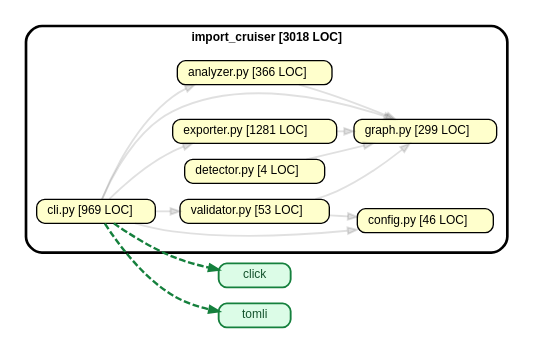
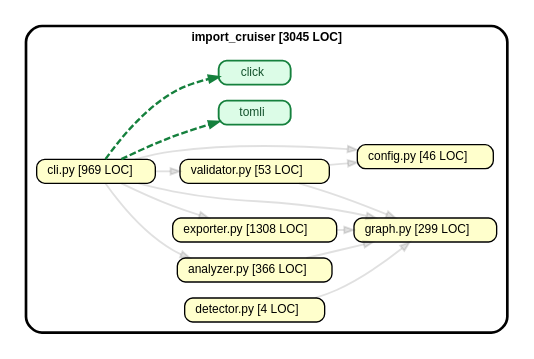
One commit to kevin91nl/import-cruiser changed the diagram in artifacts/self-graph/import-cruiser-self-graph.dot. Above: the diagram before and after it, drawn with Graphviz. The commit also changed 5 other files, not shown here.

```diff
--- a/artifacts/self-graph/import-cruiser-self-graph.dot
+++ b/artifacts/self-graph/import-cruiser-self-graph.dot
@@ -1,28 +1,28 @@
 strict digraph "import_cruiser"{
     rankdir="LR" splines="true" overlap="false" nodesep="0.16" ranksep="0.18" fontname="Helvetica-bold" fontsize="9" style="rounded,bold,filled" fillcolor="#ffffff" compound="true"
     node [shape="box" style="rounded, filled" height="0.2" color="black" fillcolor="#ffffcc" fontcolor="black" fontname="Helvetica" fontsize="9"]
     edge [arrowhead="normal" arrowsize="0.6" penwidth="2.0" color="#0000001f" fontname="Helvetica" fontsize="9"]
 
-    "click" [label=<click> tooltip="click" URL="click" shape="box" style="rounded,filled" fillcolor="#DCFCE7" color="#15803D" penwidth=1.4 fontcolor="#14532D" ]
-    subgraph "cluster_import_cruiser" {label="import_cruiser [3018 LOC]" "import_cruiser.analyzer" [label=<analyzer.py [366 LOC]> tooltip="analyzer.py [366 LOC]" URL="import_cruiser.analyzer" ] }
-    subgraph "cluster_import_cruiser" {label="import_cruiser [3018 LOC]" "import_cruiser.cli" [label=<cli.py [969 LOC]> tooltip="cli.py [969 LOC]" URL="import_cruiser.cli" ] }
-    subgraph "cluster_import_cruiser" {label="import_cruiser [3018 LOC]" "import_cruiser.config" [label=<config.py [46 LOC]> tooltip="config.py [46 LOC]" URL="import_cruiser.config" ] }
-    subgraph "cluster_import_cruiser" {label="import_cruiser [3018 LOC]" "import_cruiser.detector" [label=<detector.py [4 LOC]> tooltip="detector.py [4 LOC]" URL="import_cruiser.detector" ] }
-    subgraph "cluster_import_cruiser" {label="import_cruiser [3018 LOC]" "import_cruiser.exporter" [label=<exporter.py [1281 LOC]> tooltip="exporter.py [1281 LOC]" URL="import_cruiser.exporter" ] }
-    subgraph "cluster_import_cruiser" {label="import_cruiser [3018 LOC]" "import_cruiser.graph" [label=<graph.py [299 LOC]> tooltip="graph.py [299 LOC]" URL="import_cruiser.graph" ] }
-    subgraph "cluster_import_cruiser" {label="import_cruiser [3018 LOC]" "import_cruiser.validator" [label=<validator.py [53 LOC]> tooltip="validator.py [53 LOC]" URL="import_cruiser.validator" ] }
-    "tomli" [label=<tomli> tooltip="tomli" URL="tomli" shape="box" style="rounded,filled" fillcolor="#DCFCE7" color="#15803D" penwidth=1.4 fontcolor="#14532D" ]
+    subgraph "cluster_import_cruiser" {label="import_cruiser [3045 LOC]" "import_cruiser.click" [label=<click> tooltip="click" URL="click" shape="box" style="rounded,filled" fillcolor="#DCFCE7" color="#15803D" penwidth=1.4 fontcolor="#14532D" ] }
+    subgraph "cluster_import_cruiser" {label="import_cruiser [3045 LOC]" "import_cruiser.analyzer" [label=<analyzer.py [366 LOC]> tooltip="analyzer.py [366 LOC]" URL="import_cruiser.analyzer" ] }
+    subgraph "cluster_import_cruiser" {label="import_cruiser [3045 LOC]" "import_cruiser.cli" [label=<cli.py [969 LOC]> tooltip="cli.py [969 LOC]" URL="import_cruiser.cli" ] }
+    subgraph "cluster_import_cruiser" {label="import_cruiser [3045 LOC]" "import_cruiser.config" [label=<config.py [46 LOC]> tooltip="config.py [46 LOC]" URL="import_cruiser.config" ] }
+    subgraph "cluster_import_cruiser" {label="import_cruiser [3045 LOC]" "import_cruiser.detector" [label=<detector.py [4 LOC]> tooltip="detector.py [4 LOC]" URL="import_cruiser.detector" ] }
+    subgraph "cluster_import_cruiser" {label="import_cruiser [3045 LOC]" "import_cruiser.exporter" [label=<exporter.py [1308 LOC]> tooltip="exporter.py [1308 LOC]" URL="import_cruiser.exporter" ] }
+    subgraph "cluster_import_cruiser" {label="import_cruiser [3045 LOC]" "import_cruiser.graph" [label=<graph.py [299 LOC]> tooltip="graph.py [299 LOC]" URL="import_cruiser.graph" ] }
+    subgraph "cluster_import_cruiser" {label="import_cruiser [3045 LOC]" "import_cruiser.validator" [label=<validator.py [53 LOC]> tooltip="validator.py [53 LOC]" URL="import_cruiser.validator" ] }
+    subgraph "cluster_import_cruiser" {label="import_cruiser [3045 LOC]" "import_cruiser.tomli" [label=<tomli> tooltip="tomli" URL="tomli" shape="box" style="rounded,filled" fillcolor="#DCFCE7" color="#15803D" penwidth=1.4 fontcolor="#14532D" ] }
 
     "import_cruiser.analyzer" -> "import_cruiser.graph" [color="#0000001f", style="solid", penwidth=1.4, arrowsize=0.7]
-    "import_cruiser.cli" -> "click" [color="#15803D", style="dashed", penwidth=1.8, arrowsize=0.7]
+    "import_cruiser.cli" -> "import_cruiser.click" [color="#15803D", style="dashed", penwidth=1.8, arrowsize=0.7]
     "import_cruiser.cli" -> "import_cruiser.analyzer" [color="#0000001f", style="solid", penwidth=1.4, arrowsize=0.7]
     "import_cruiser.cli" -> "import_cruiser.config" [color="#0000001f", style="solid", penwidth=1.4, arrowsize=0.7]
     "import_cruiser.cli" -> "import_cruiser.exporter" [color="#0000001f", style="solid", penwidth=1.4, arrowsize=0.7]
     "import_cruiser.cli" -> "import_cruiser.graph" [color="#0000001f", style="solid", penwidth=1.4, arrowsize=0.7]
     "import_cruiser.cli" -> "import_cruiser.validator" [color="#0000001f", style="solid", penwidth=1.4, arrowsize=0.7]
-    "import_cruiser.cli" -> "tomli" [color="#15803D", style="dashed", penwidth=1.8, arrowsize=0.7]
+    "import_cruiser.cli" -> "import_cruiser.tomli" [color="#15803D", style="dashed", penwidth=1.8, arrowsize=0.7]
     "import_cruiser.detector" -> "import_cruiser.graph" [color="#0000001f", style="solid", penwidth=1.4, arrowsize=0.7]
     "import_cruiser.exporter" -> "import_cruiser.graph" [color="#0000001f", style="solid", penwidth=1.4, arrowsize=0.7]
     "import_cruiser.validator" -> "import_cruiser.config" [color="#0000001f", style="solid", penwidth=1.4, arrowsize=0.7]
     "import_cruiser.validator" -> "import_cruiser.graph" [color="#0000001f", style="solid", penwidth=1.4, arrowsize=0.7]
 }
```
